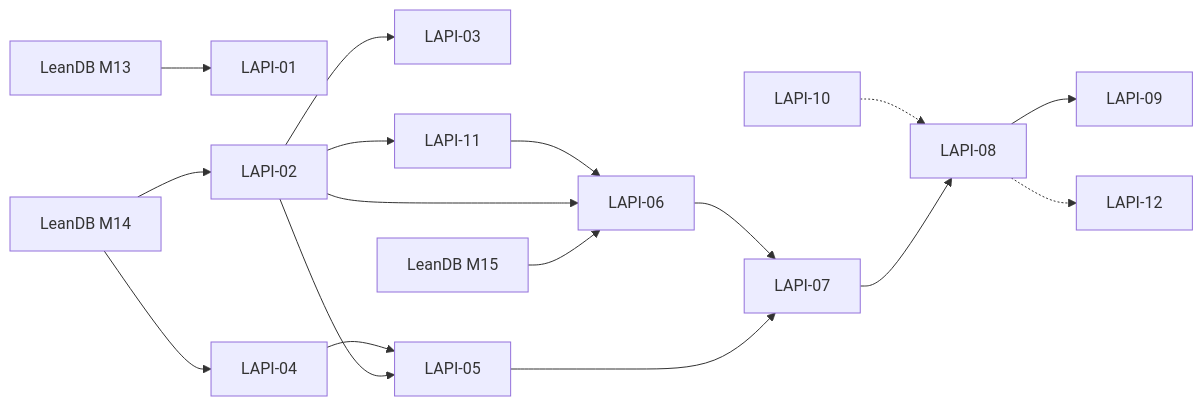
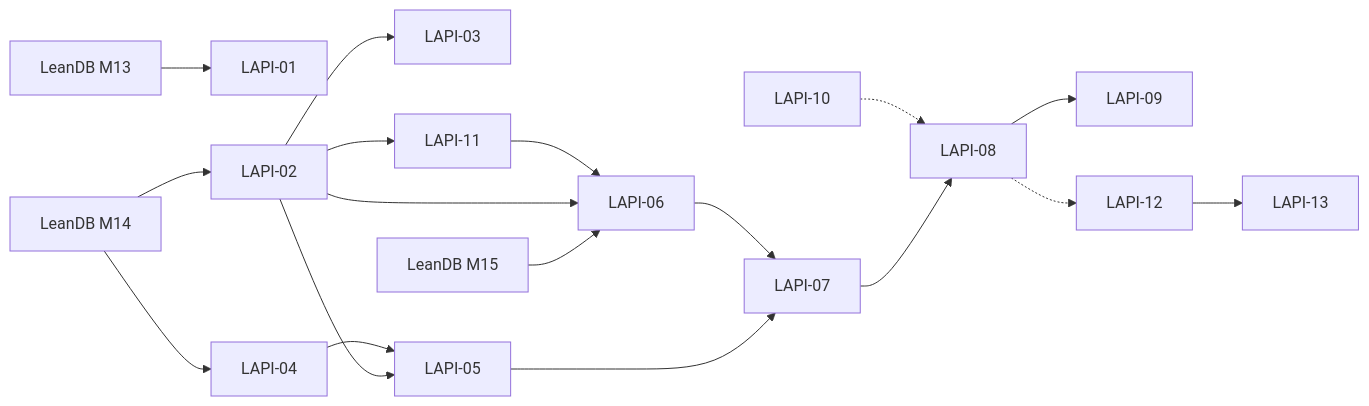
One commit to theoriclabs/leanapi changed the diagram in tickets/README.md. Above: the diagram before and after it, drawn with Mermaid. The commit also changed other lines of this file and 14 other files, not shown here.

````diff
--- a/tickets/README.md
+++ b/tickets/README.md
@@ -32,19 +33,20 @@
 ```mermaid
 flowchart LR
     DB13["LeanDB M13"] --> L1["LAPI-01"]
     DB14["LeanDB M14"] --> L2["LAPI-02"]
     DB14 --> L4["LAPI-04"]
     L2 --> L3["LAPI-03"]
     L2 --> L5["LAPI-05"]
     L4 --> L5
     DB15["LeanDB M15"] --> L6["LAPI-06"]
     L2 --> L6
     L5 --> L7["LAPI-07"]
     L6 --> L7
     L7 --> L8["LAPI-08"]
     L8 --> L9["LAPI-09"]
     L2 --> L11["LAPI-11"]
     L11 --> L6
     L8 -.-> L12["LAPI-12"]
+    L12 --> L13["LAPI-13"]
     L10["LAPI-10"] -.-> L8
 ```
````
